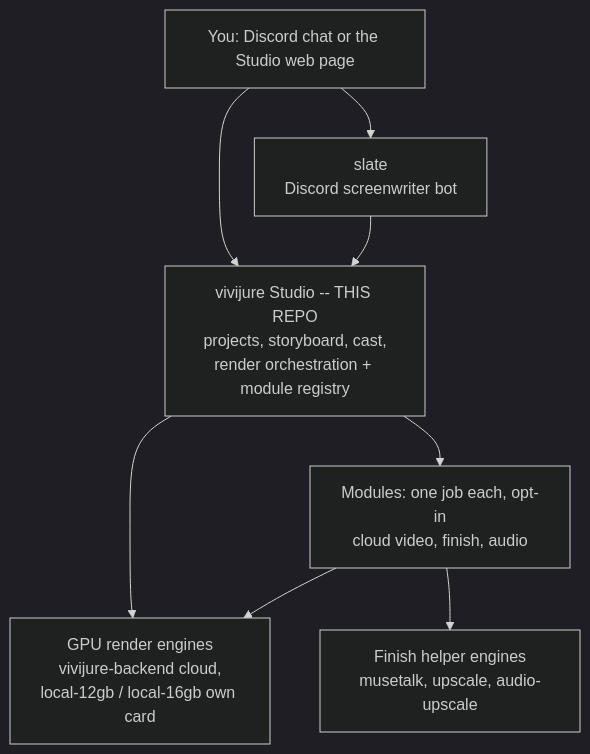
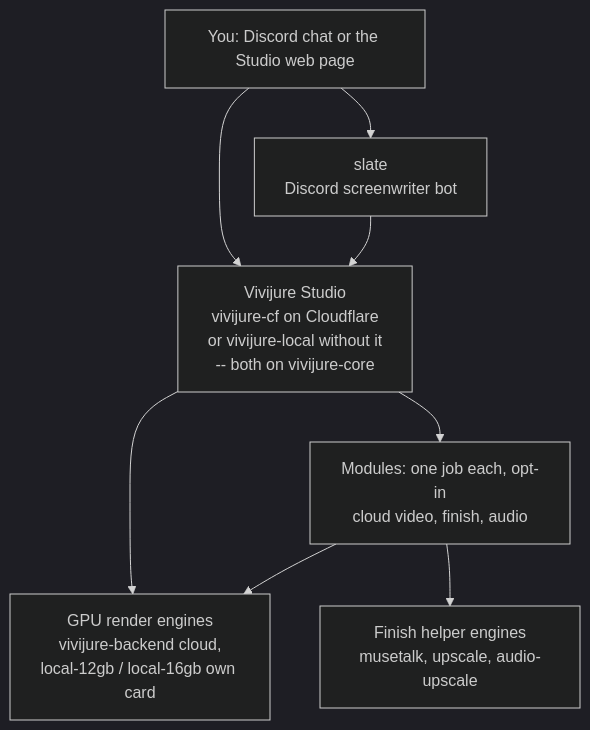
Before and after one commit to skyphusion-labs/vivijure: the first of 2 diagrams in README.md, drawn with Mermaid (dark theme). The commit also changed other lines of this file and 508 other files, not shown here.

````diff
--- a/README.md
+++ b/README.md
@@ -37,16 +33,16 @@
 ```mermaid
 flowchart TD
     you[You: Discord chat or the Studio web page]
     slate[slate<br/>Discord screenwriter bot]
-    studio[vivijure Studio -- THIS REPO<br/>projects, storyboard, cast,<br/>render orchestration + module registry]
+    studio[Vivijure Studio<br/>vivijure-cf on Cloudflare<br/>or vivijure-local without it<br/>-- both on vivijure-core]
     modules[Modules: one job each, opt-in<br/>cloud video, finish, audio]
     gpu[GPU render engines<br/>vivijure-backend cloud,<br/>local-12gb / local-16gb own card]
     finish[Finish helper engines<br/>musetalk, upscale, audio-upscale]
 
     you --> slate --> studio
     you --> studio
     studio --> modules
     modules --> gpu
     modules --> finish
     studio --> gpu
 ```
````
